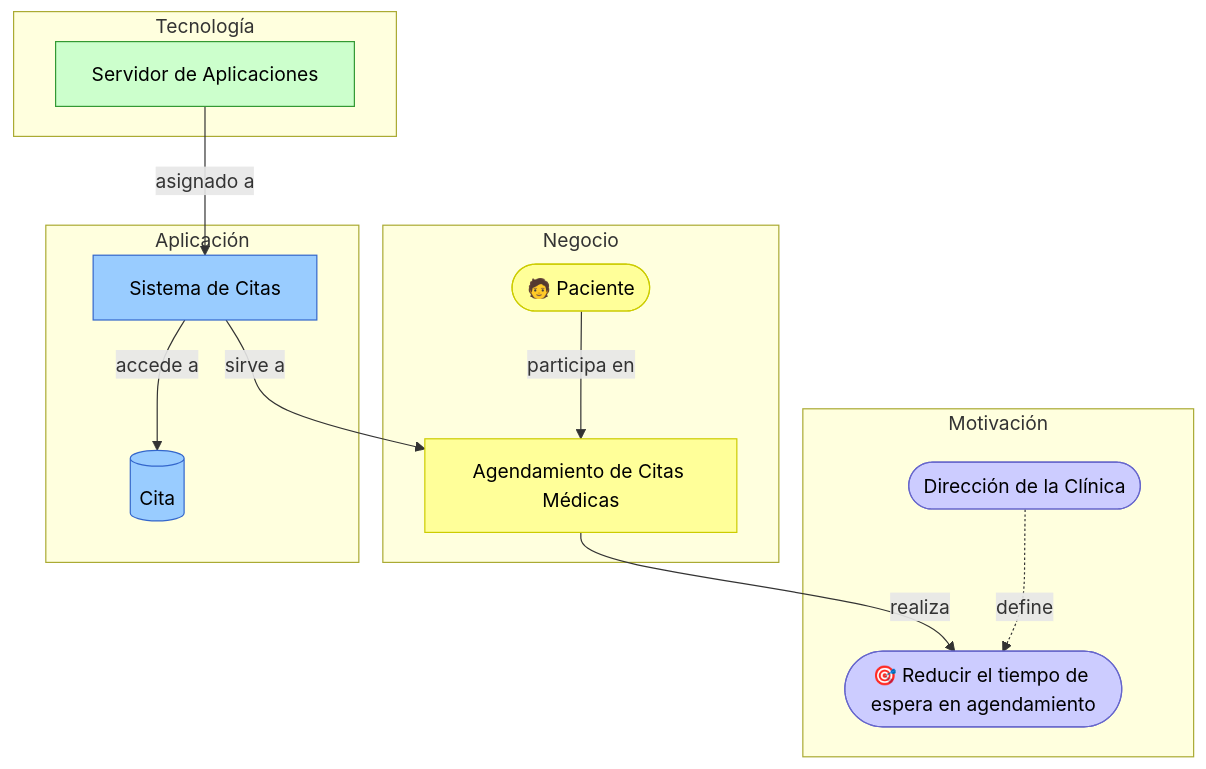
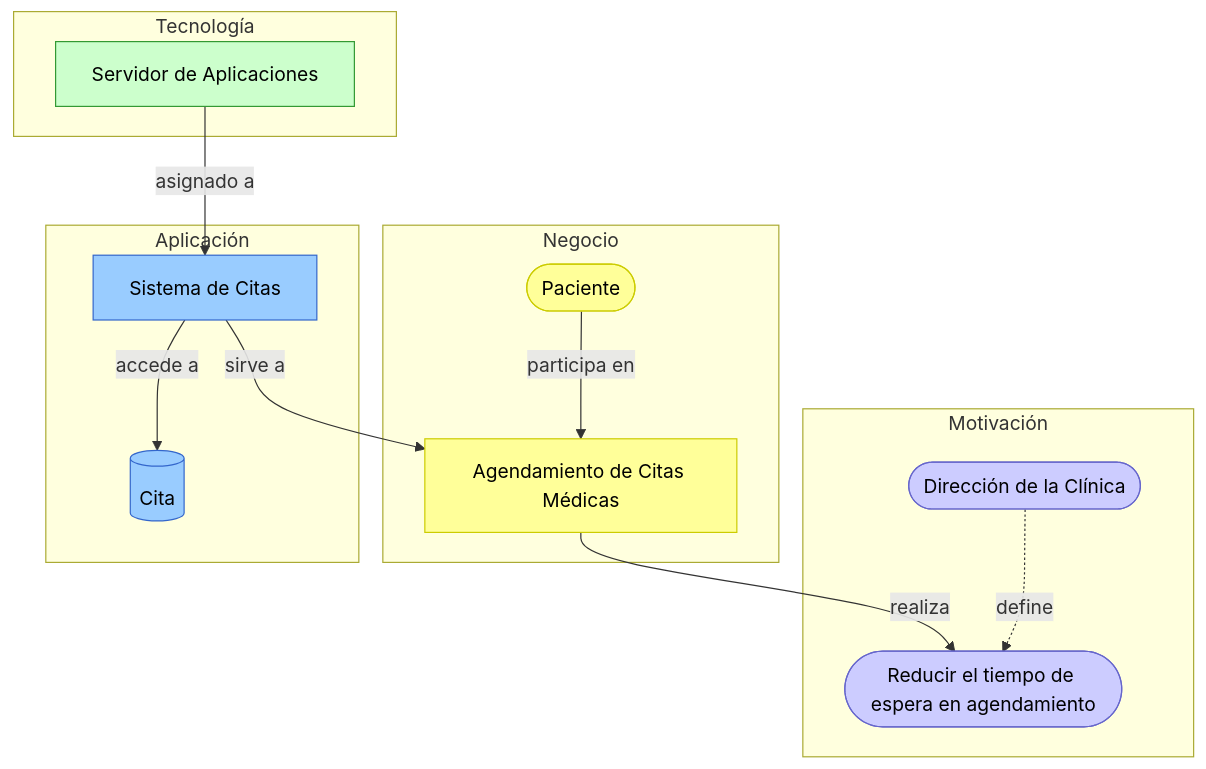
Before and after one commit to CesarAVegaF312/AREM-ArchiMate: the diagram in guia_notacion_archimate.md, drawn with Mermaid. The commit also changed other lines of this file and 2 other files, not shown here.

Commit message:
Quita los emojis de los archivos Markdown

````diff
--- a/guia_notacion_archimate.md
+++ b/guia_notacion_archimate.md
@@ -104,37 +104,37 @@
 ```mermaid
 flowchart TD
     subgraph motivacion["Motivación"]
         stakeholder(["Dirección de la Clínica"])
-        goal(["🎯 Reducir el tiempo de espera en agendamiento"])
+        goal(["Reducir el tiempo de espera en agendamiento"])
     end
 
     subgraph negocio["Negocio"]
-        actor(["🧑 Paciente"])
+        actor(["Paciente"])
         proceso["Agendamiento de Citas Médicas"]
     end
 
     subgraph aplicacion["Aplicación"]
         componente["Sistema de Citas"]
         dato[("Cita")]
     end
 
     subgraph tecnologia["Tecnología"]
         nodo["Servidor de Aplicaciones"]
     end
 
     stakeholder -.->|"define"| goal
     proceso -->|"realiza"| goal
     actor -->|"participa en"| proceso
     componente -->|"sirve a"| proceso
     componente -->|"accede a"| dato
     nodo -->|"asignado a"| componente
 
     classDef motivacion fill:#ccccff,color:#000,stroke:#6666cc;
     classDef negocio fill:#ffff99,color:#000,stroke:#cccc00;
     classDef aplicacion fill:#99ccff,color:#000,stroke:#3366cc;
     classDef tecnologia fill:#ccffcc,color:#000,stroke:#339933;
     class stakeholder,goal motivacion
     class actor,proceso negocio
     class componente,dato aplicacion
     class nodo tecnologia
 ```
````
